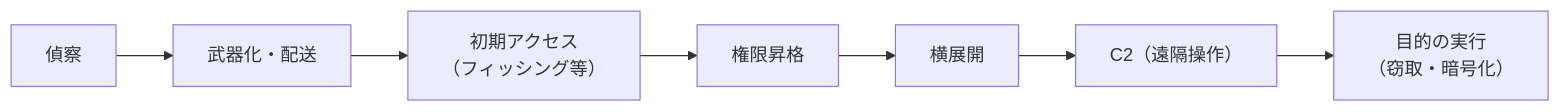
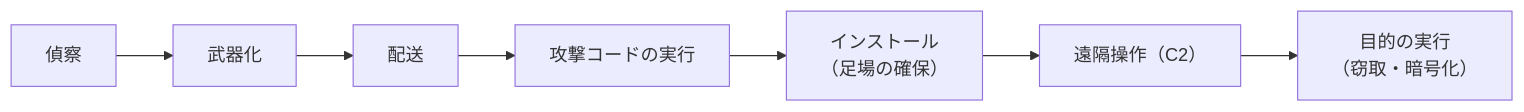
One commit to raku1chi/study-cs changed the diagram in 11-security/01-security-principles/README.md. Above: the diagram before and after it, drawn with Mermaid. The commit also changed other lines of this file and 38 other files, not shown here.

````diff
--- a/11-security/01-security-principles/README.md
+++ b/11-security/01-security-principles/README.md
@@ -109,9 +246,9 @@
 ```mermaid
 flowchart LR
-  R["偵察"] --> W["武器化・配送"]
-  W --> E["初期アクセス<br>（フィッシング等）"]
-  E --> P["権限昇格"]
-  P --> L["横展開"]
-  L --> C["C2（遠隔操作）"]
+  R["偵察"] --> W["武器化"]
+  W --> D["配送"]
+  D --> X["攻撃コードの実行"]
+  X --> I["インストール<br>（足場の確保）"]
+  I --> C["遠隔操作（C2）"]
   C --> A["目的の実行<br>（窃取・暗号化）"]
 ```
````
